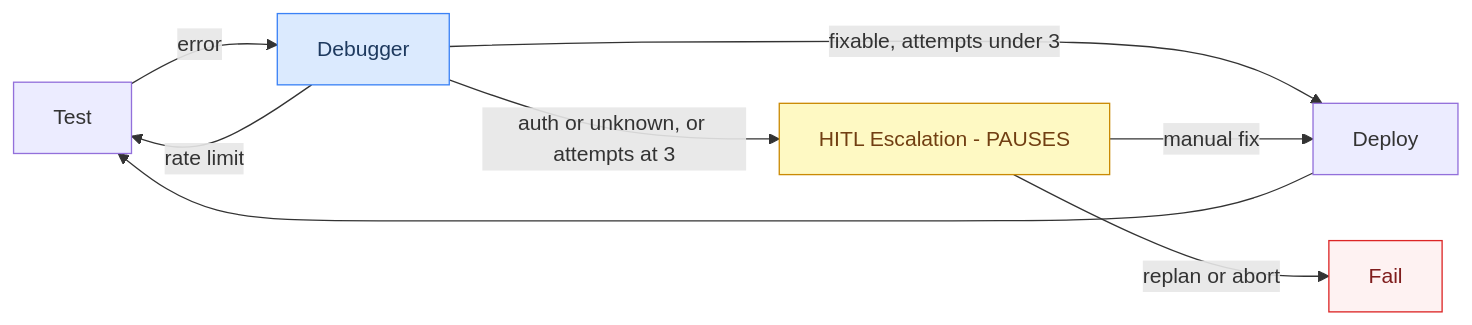
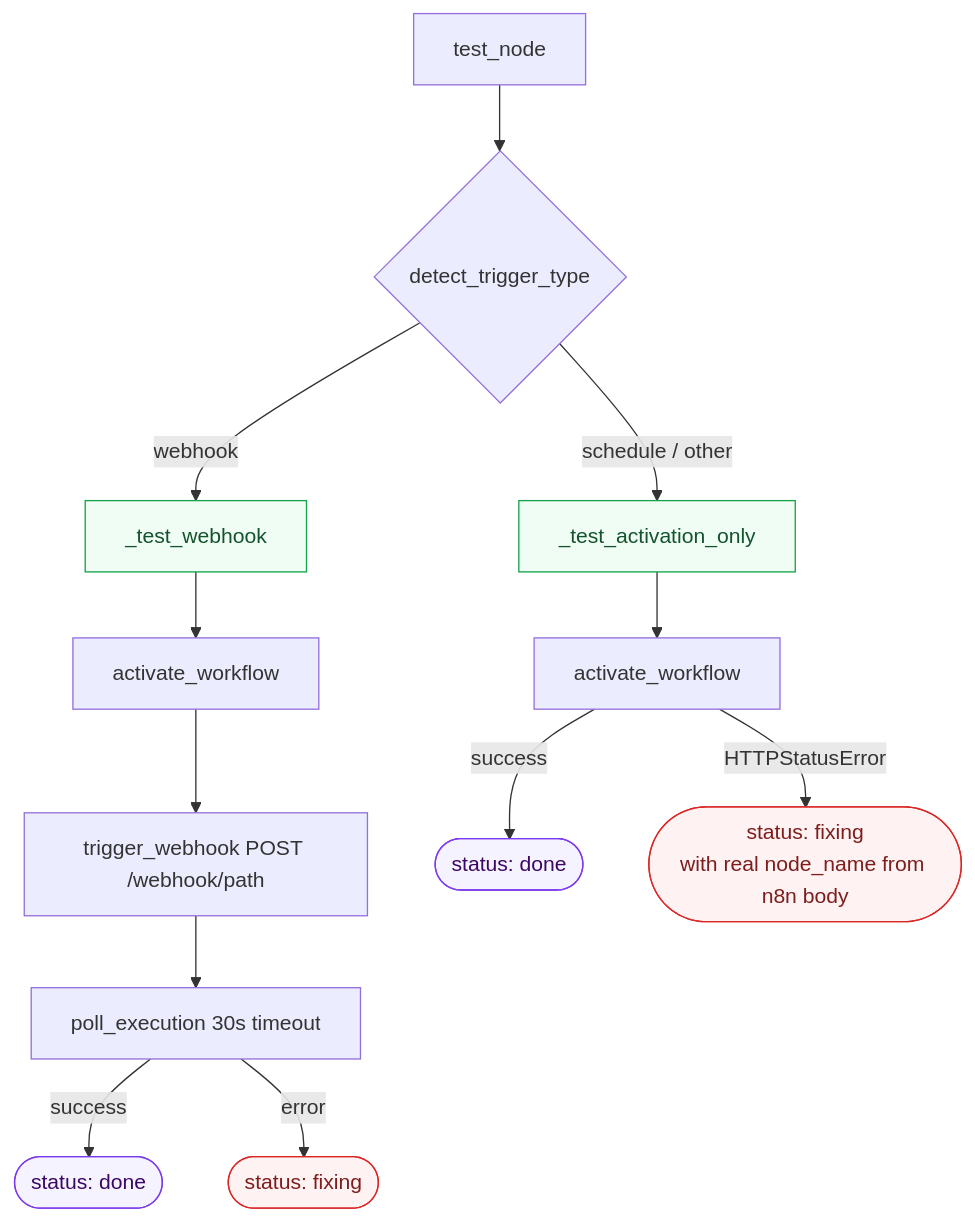
Before and after one commit to h19overflow/ARIA: the sixth of 6 diagrams in src/agentic_system/build_cycle/README.md, drawn with Mermaid. The commit also changed other lines of this file, not shown here.

Commit message:
docs(build-cycle): add agent sequence diagrams, bugs-fixed section, and what's-next roadmap

````diff
--- a/src/agentic_system/build_cycle/README.md
+++ b/src/agentic_system/build_cycle/README.md
@@ -318,14 +204,23 @@
 ```mermaid
-flowchart LR
-    TST[Test] -->|error| DBG[Debugger]
-    DBG -->|rate limit| TST
-    DBG -->|fixable, attempts under 3| DEP[Deploy]
-    DBG -->|auth or unknown, or attempts at 3| ESC[HITL Escalation - PAUSES]
-    DEP --> TST
-    ESC -->|manual fix| DEP
-    ESC -->|replan or abort| FAIL[Fail]
+flowchart TD
+    T[test_node] --> D{detect_trigger_type}
+    D -->|webhook| W[_test_webhook]
+    D -->|schedule / other| A[_test_activation_only]
 
-    style DBG fill:#dbeafe,stroke:#3b82f6,color:#1e3a5f
-    style ESC fill:#fef9c3,stroke:#ca8a04,color:#713f12
-    style FAIL fill:#fef2f2,stroke:#dc2626,color:#7f1d1d
+    W --> W1[activate_workflow]
+    W1 --> W2[trigger_webhook POST /webhook/path]
+    W2 --> W3[poll_execution 30s timeout]
+    W3 -->|success| OK([status: done])
+    W3 -->|error| ERR([status: fixing])
+
+    A --> A1[activate_workflow]
+    A1 -->|success| OK2([status: done])
+    A1 -->|HTTPStatusError| ERR2([status: fixing\nwith real node_name from n8n body])
+
+    style W fill:#f0fdf4,stroke:#16a34a,color:#14532d
+    style A fill:#f0fdf4,stroke:#16a34a,color:#14532d
+    style OK fill:#f5f3ff,stroke:#7c3aed,color:#3b0764
+    style OK2 fill:#f5f3ff,stroke:#7c3aed,color:#3b0764
+    style ERR fill:#fef2f2,stroke:#dc2626,color:#7f1d1d
+    style ERR2 fill:#fef2f2,stroke:#dc2626,color:#7f1d1d
 ```
````
